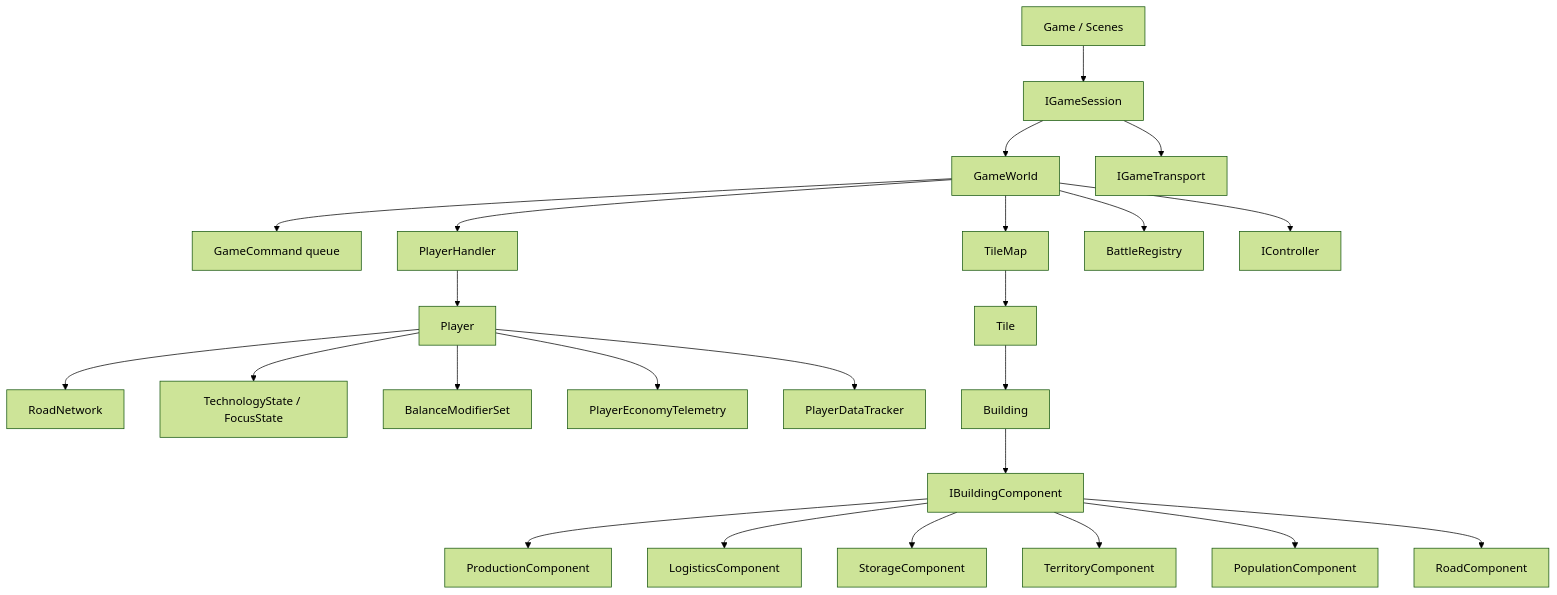
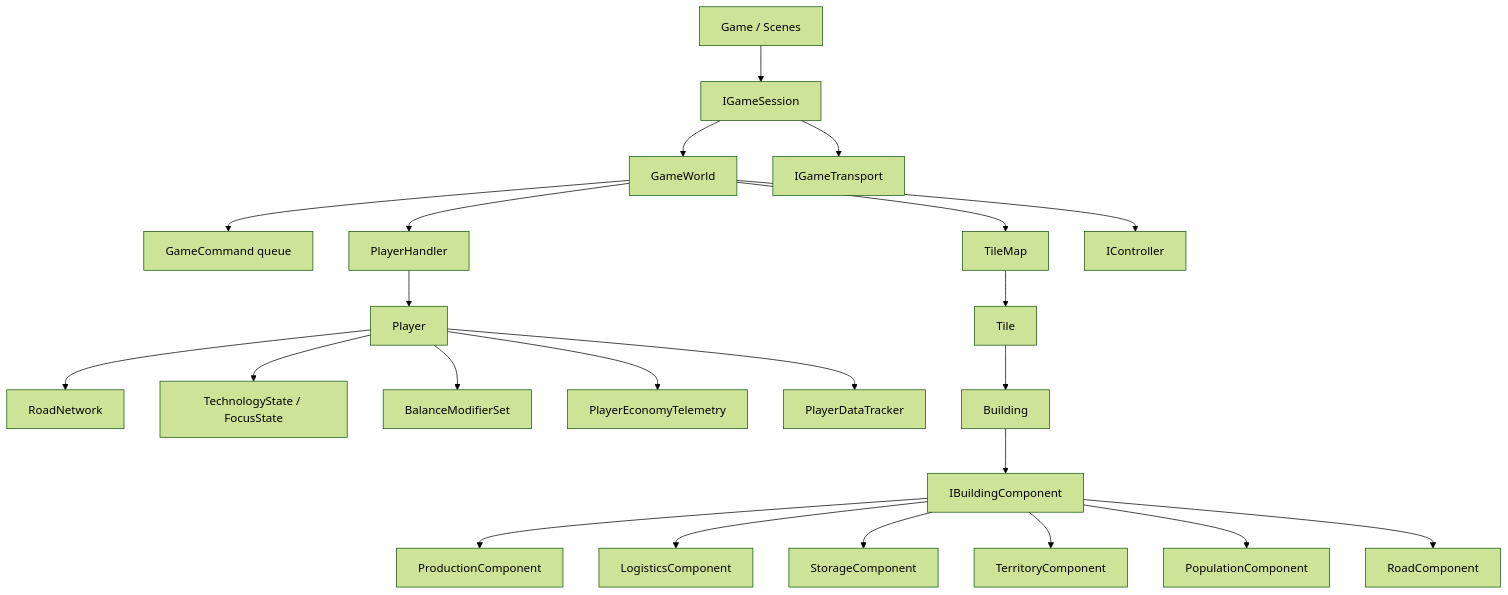
Before and after one commit to telmaris/rts-with-codex: the diagram in docs/game_engine_architecture.md, drawn with Mermaid (forest theme). The commit also changed other lines of this file and 74 other files, not shown here.

````diff
--- a/docs/game_engine_architecture.md
+++ b/docs/game_engine_architecture.md
@@ -23,29 +23,28 @@
 ```mermaid
 flowchart TD
     App["Game / Scenes"] --> Session["IGameSession"]
     Session --> World["GameWorld"]
     Session --> Transport["IGameTransport"]
 
     World --> Commands["GameCommand queue"]
     World --> Map["TileMap"]
     World --> Players["PlayerHandler"]
-    World --> Battles["BattleRegistry"]
     World --> Controllers["IController"]
 
     Players --> Player["Player"]
     Player --> RoadNetwork["RoadNetwork"]
     Player --> Tech["TechnologyState / FocusState"]
     Player --> Balance["BalanceModifierSet"]
     Player --> Telemetry["PlayerEconomyTelemetry"]
     Player --> Tracker["PlayerDataTracker"]
 
     Map --> Tile["Tile"]
     Tile --> Building["Building"]
     Building --> Components["IBuildingComponent"]
     Components --> Prod["ProductionComponent"]
     Components --> Logistics["LogisticsComponent"]
     Components --> Storage["StorageComponent"]
     Components --> Territory["TerritoryComponent"]
     Components --> Population["PopulationComponent"]
     Components --> Road["RoadComponent"]
 ```
````
